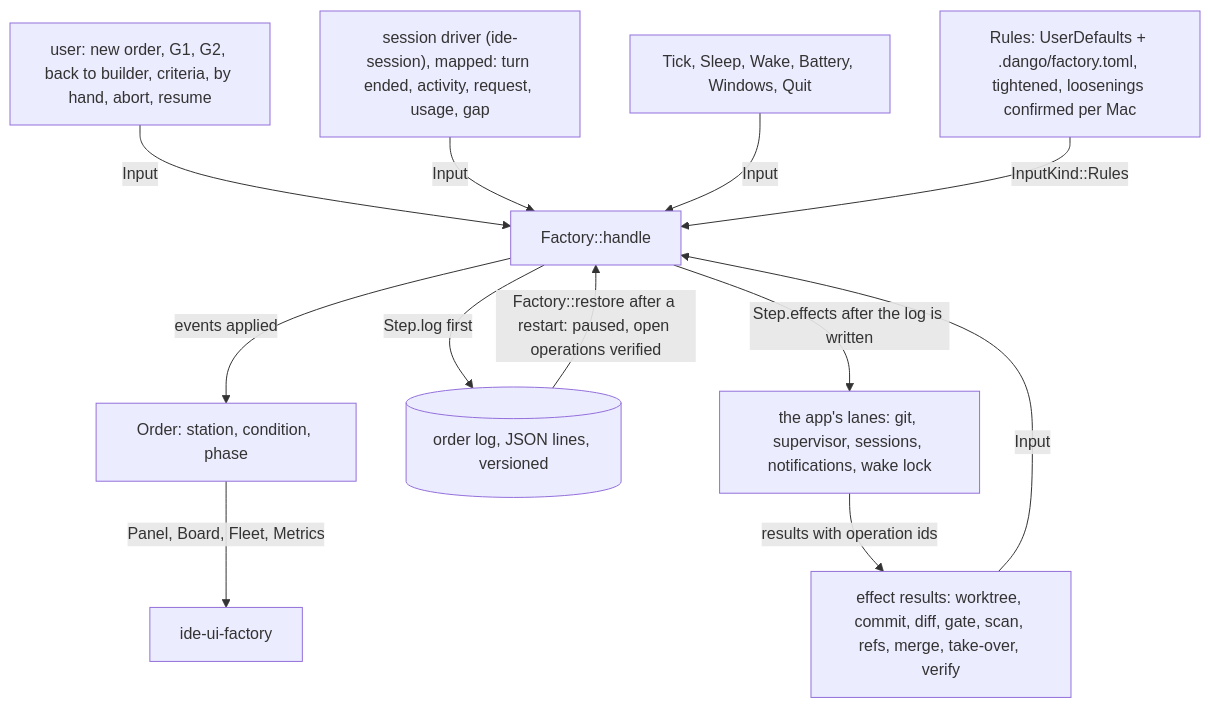
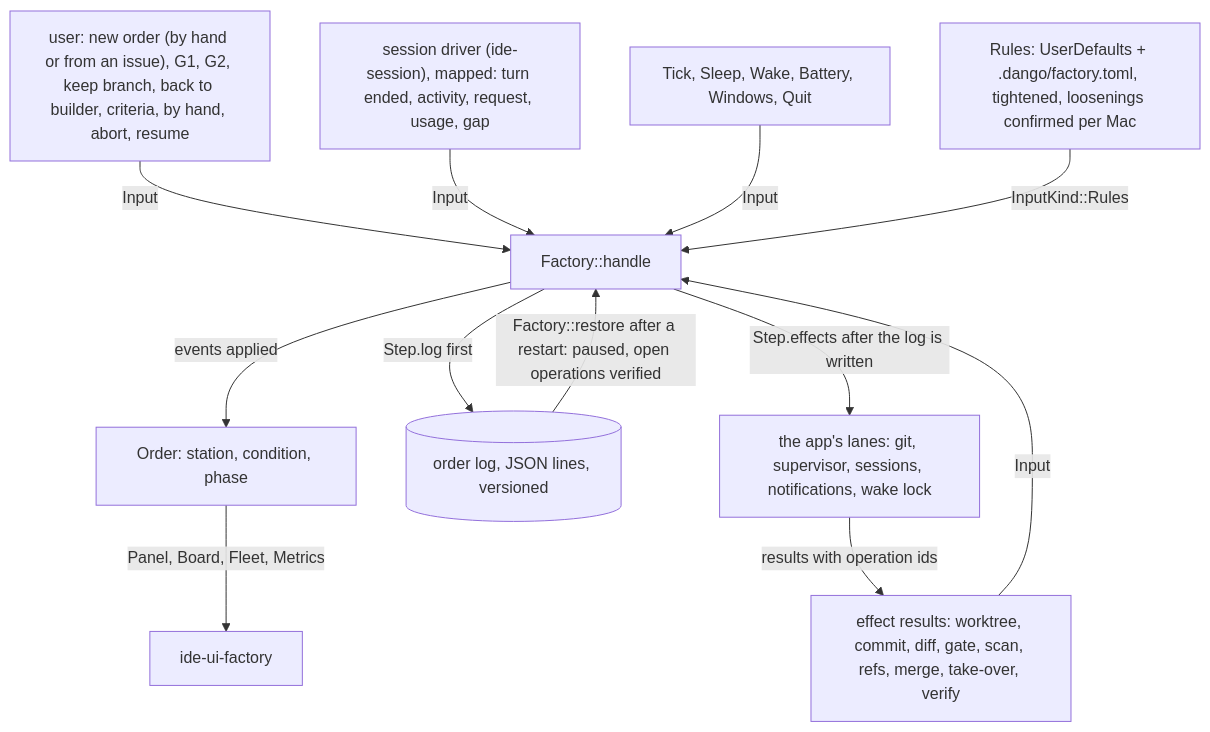
One commit to sventmueller/dango changed the diagram in crates/ide-factory/README.md. Above: the diagram before and after it, drawn with Mermaid. The commit also changed 53 other files, not shown here.

Commit message:
Take issues in as work orders by hand or by label, run orders with disjoint path scopes side by side from stage 3, queue take-overs, and keep an order's branch for a merge request in the browser

````diff
--- a/crates/ide-factory/README.md
+++ b/crates/ide-factory/README.md
@@ -8,14 +8,14 @@
 ```mermaid
 flowchart TB
-    user["user: new order, G1, G2, back to builder, criteria, by hand, abort, resume"] -->|"Input"| handle
+    user["user: new order (by hand or from an issue), G1, G2, keep branch, back to builder, criteria, by hand, abort, resume"] -->|"Input"| handle
     session["session driver (ide-session), mapped: turn ended, activity, request, usage, gap"] -->|"Input"| handle
     results["effect results: worktree, commit, diff, gate, scan, refs, merge, take-over, verify"] -->|"Input"| handle
     clock["Tick, Sleep, Wake, Battery, Windows, Quit"] -->|"Input"| handle
     rules["Rules: UserDefaults + .dango/factory.toml, tightened, loosenings confirmed per Mac"] -->|"InputKind::Rules"| handle
     handle["Factory::handle"] -->|"events applied"| order["Order: station, condition, phase"]
     handle -->|"Step.log first"| log[("order log, JSON lines, versioned")]
     handle -->|"Step.effects after the log is written"| app["the app's lanes: git, supervisor, sessions, notifications, wake lock"]
     app -->|"results with operation ids"| results
     log -->|"Factory::restore after a restart: paused, open operations verified"| handle
     order -->|"Panel, Board, Fleet, Metrics"| views["ide-ui-factory"]
 ```
````
